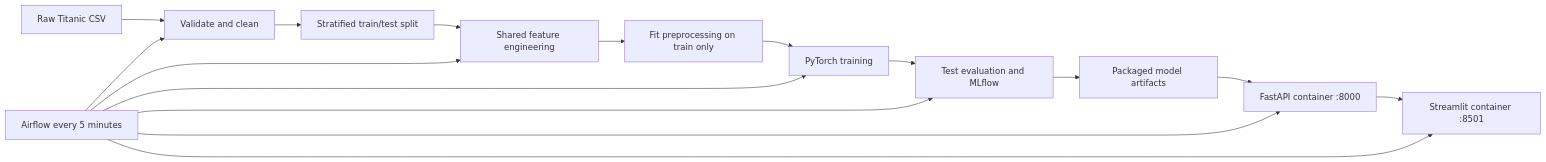
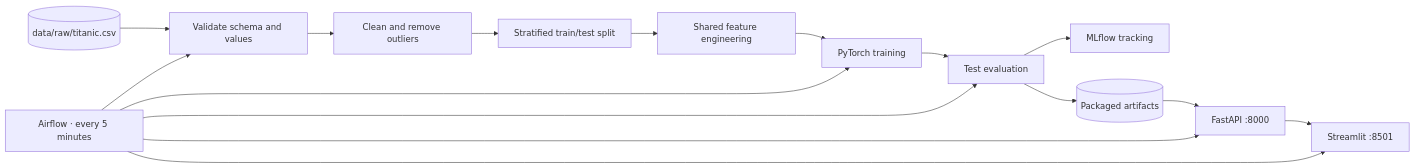
The diagram in README.md (Yameteshka/Titanic-Survival-Lab), drawn with Mermaid before and after one commit. The commit also changed other lines of this file and 3 other files, not shown here.

````diff
--- a/README.md
+++ b/README.md
@@ -12,18 +14,18 @@
 ```mermaid
 flowchart LR
-    A[Raw Titanic CSV] --> B[Validate and clean]
-    B --> C[Stratified train/test split]
-    C --> D[Shared feature engineering]
-    D --> E[Fit preprocessing on train only]
-    E --> F[PyTorch training]
-    F --> G[Test evaluation and MLflow]
-    G --> H[Packaged model artifacts]
-    H --> I[FastAPI container :8000]
-    I --> J[Streamlit container :8501]
-    K[Airflow every 5 minutes] --> B
-    K --> D
-    K --> F
-    K --> G
-    K --> I
-    K --> J
+    RAW[(data/raw/titanic.csv)] --> VALIDATE[Validate schema and values]
+    VALIDATE --> CLEAN[Clean and remove outliers]
+    CLEAN --> SPLIT[Stratified train/test split]
+    SPLIT --> FEATURES[Shared feature engineering]
+    FEATURES --> TRAIN[PyTorch training]
+    TRAIN --> EVAL[Test evaluation]
+    EVAL --> MLFLOW[MLflow tracking]
+    EVAL --> ARTIFACTS[(Packaged artifacts)]
+    ARTIFACTS --> API[FastAPI :8000]
+    API --> APP[Streamlit :8501]
+    AIRFLOW[Airflow · every 5 minutes] --> VALIDATE
+    AIRFLOW --> TRAIN
+    AIRFLOW --> EVAL
+    AIRFLOW --> API
+    AIRFLOW --> APP
 ```
````
